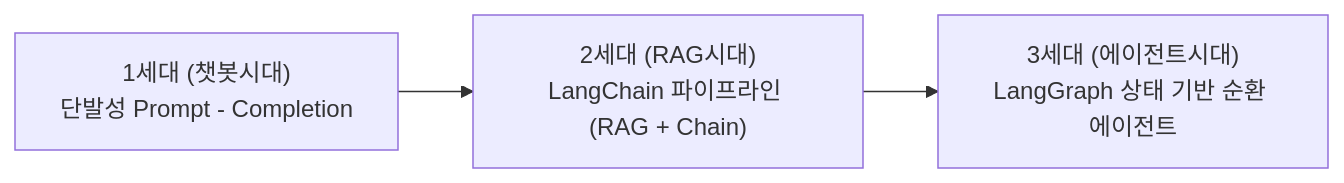
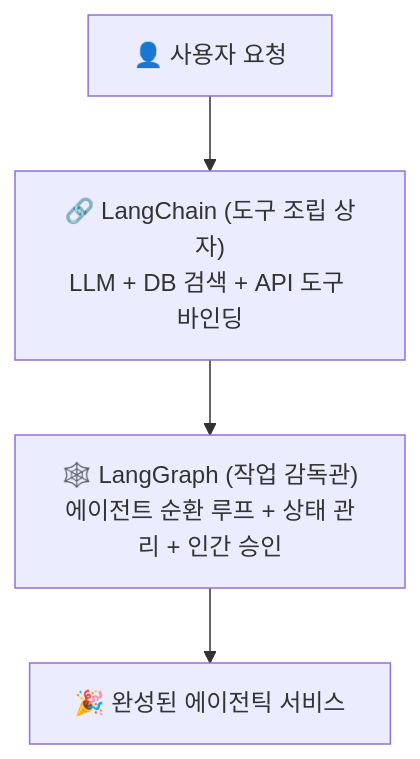
One commit to ShinhanDSProject/shinhan-delivery changed the first of 3 diagrams in docs/langchain-langgraph-deepdive.md. Above: the diagram before and after it, drawn with Mermaid. The commit also changed other lines of this file, not shown here.

Commit message:
docs: LangChain 및 LangGraph 도구별 핵심 역할 및 실무 활용 해설 보완 (#19)

````diff
--- a/docs/langchain-langgraph-deepdive.md
+++ b/docs/langchain-langgraph-deepdive.md
@@ -21,5 +21,6 @@
 ```mermaid
-graph LR
-    Generation1["1세대 (챗봇시대)<br/>단발성 Prompt - Completion"] --> Generation2["2세대 (RAG시대)<br/>LangChain 파이프라인 (RAG + Chain)"]
-    Generation2 --> Generation3["3세대 (에이전트시대)<br/>LangGraph 상태 기반 순환 에이전트"]
+graph TD
+    User["👤 사용자 요청"] --> LC["🔗 LangChain (도구 조립 상자)<br/>LLM + DB 검색 + API 도구 바인딩"]
+    LC --> LG["🕸️ LangGraph (작업 감독관)<br/>에이전트 순환 루프 + 상태 관리 + 인간 승인"]
+    LG --> Result["🎉 완성된 에이전틱 서비스"]
 ```
````
